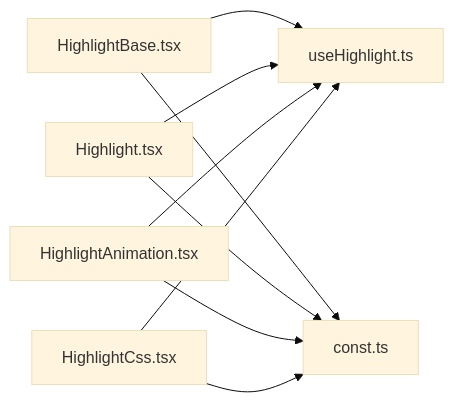
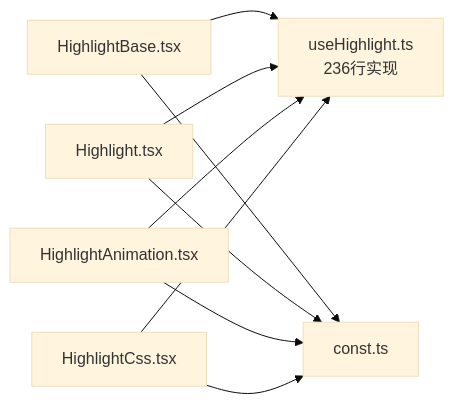
Before and after one commit to ja-plus/stk-table-react: the fourth of 4 diagrams in .qoder/repowiki/zh/content/自定义与扩展/高亮钩子 (useHighlight).md, drawn with Mermaid (base theme). The commit also changed other lines of this file and 31 other files, not shown here.

````diff
--- a/.qoder/repowiki/zh/content/自定义与扩展/高亮钩子 (useHighlight).md
+++ b/.qoder/repowiki/zh/content/自定义与扩展/高亮钩子 (useHighlight).md
@@ -217,11 +231,11 @@
 ```mermaid
 graph LR
-HB["HighlightBase.tsx"] --> H["useHighlight.ts"]
+HB["HighlightBase.tsx"] --> H["useHighlight.ts<br/>236行实现"]
 HA["Highlight.tsx"] --> H
 HAN["HighlightAnimation.tsx"] --> H
 HC["HighlightCss.tsx"] --> H
 HB --> C["const.ts"]
 HA --> C
 HAN --> C
 HC --> C
 ```
````
